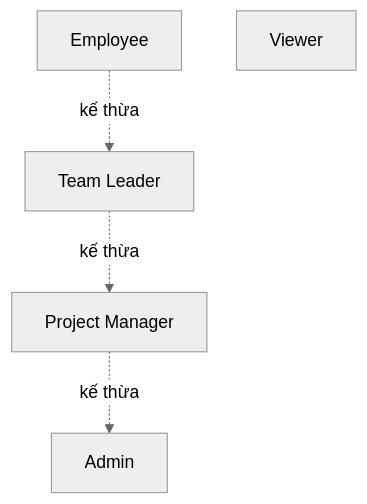
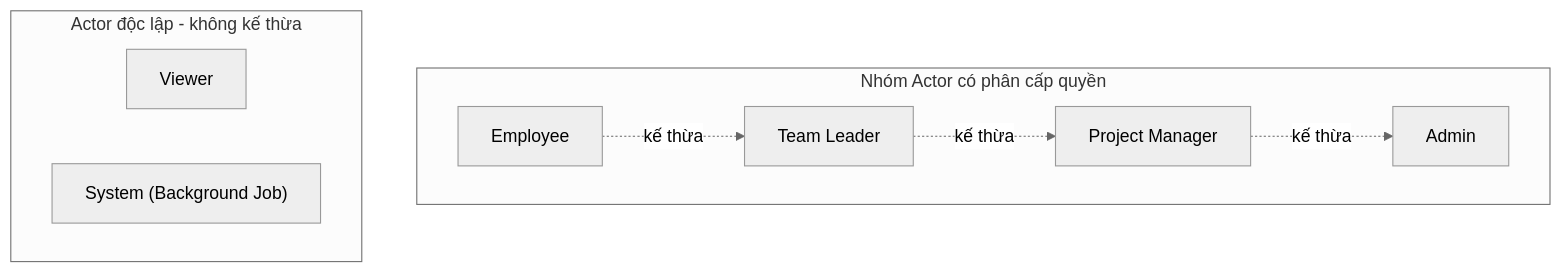
Before and after one commit to anhhthuu2404/task-management: the first of 6 diagrams in document/usecase-diagram.md, drawn with Mermaid (neutral theme). The commit also changed other lines of this file and 4 other files, not shown here.

Commit message:
Update docs: Fix Usecase/Sequence, Add ERD/Class/Business

````diff
--- a/document/usecase-diagram.md
+++ b/document/usecase-diagram.md
@@ -19,12 +20,20 @@
 ```mermaid
 flowchart TD
-    Employee["Employee"]
-    TeamLeader["Team Leader"]
-    PM["Project Manager"]
-    Admin["Admin"]
-    Viewer["Viewer"]
+    subgraph HumanActors [Nhóm Actor có phân cấp quyền]
+        direction LR
+        Employee["Employee"]
+        TeamLeader["Team Leader"]
+        PM["Project Manager"]
+        Admin["Admin"]
 
-    Employee -.->|"kế thừa"| TeamLeader
-    TeamLeader -.->|"kế thừa"| PM
-    PM -.->|"kế thừa"| Admin
+        Employee -.->|"kế thừa"| TeamLeader
+        TeamLeader -.->|"kế thừa"| PM
+        PM -.->|"kế thừa"| Admin
+    end
+
+    subgraph IndependentActors [Actor độc lập - không kế thừa]
+        direction LR
+        Viewer["Viewer"]
+        System["System (Background Job)"]
+    end
 ```
````
